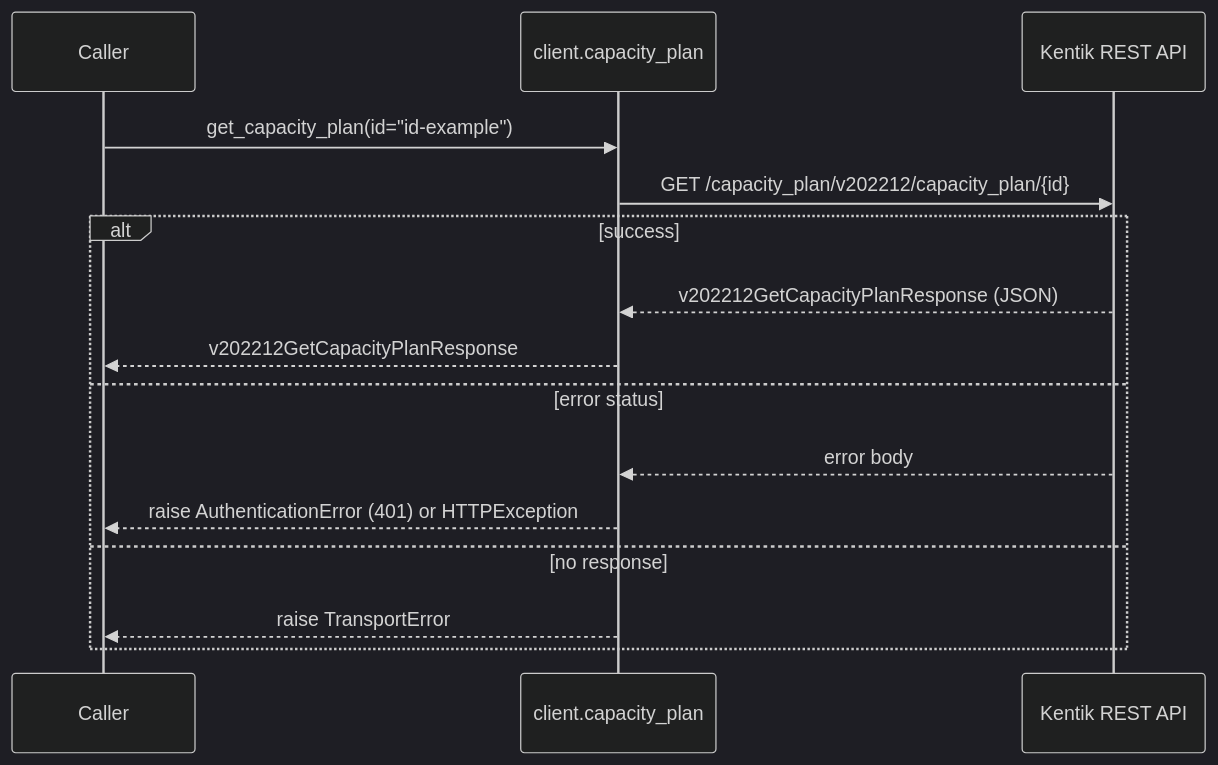
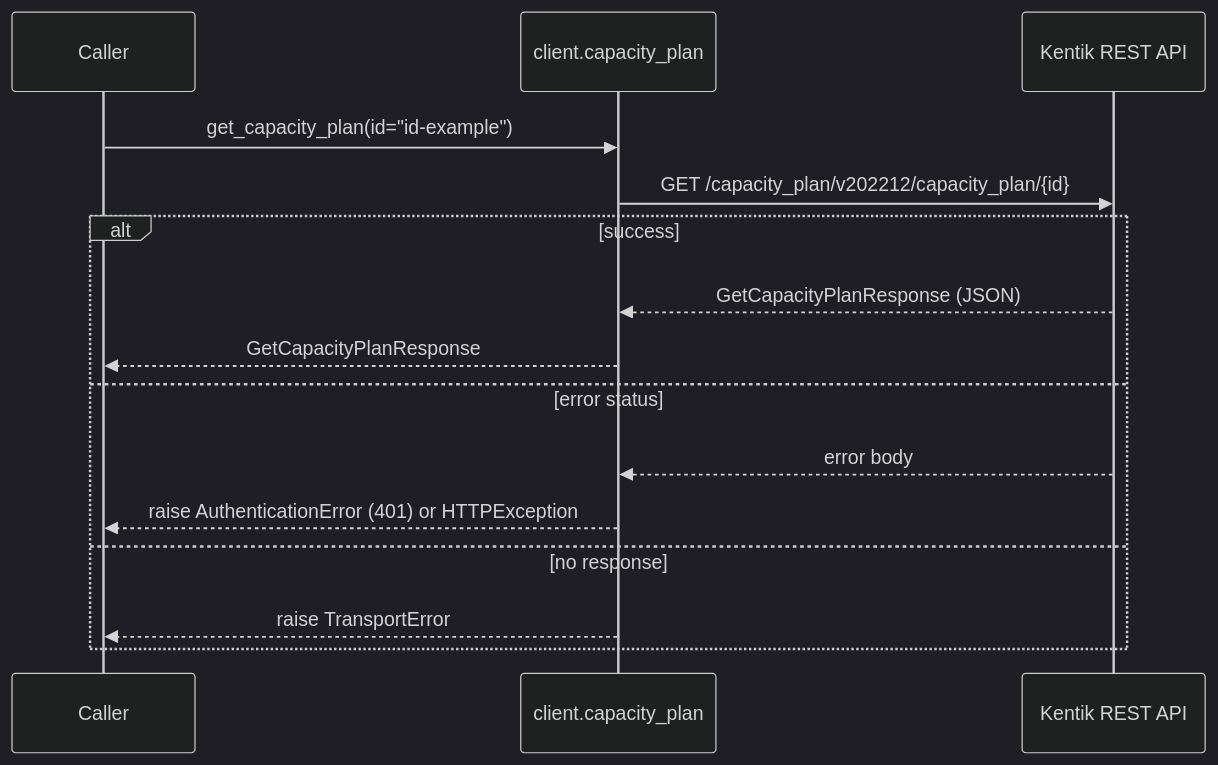
One commit to alexdearaujo/community_sdk_python changed the sixth of 10 diagrams in docs/sphinx/services/capacity_plan.md. Above: the diagram before and after it, drawn with Mermaid (dark theme). The commit also changed other lines of this file and 38 other files, not shown here.

````diff
--- a/docs/sphinx/services/capacity_plan.md
+++ b/docs/sphinx/services/capacity_plan.md
@@ -174,18 +174,18 @@
 ```mermaid
 sequenceDiagram
     participant C as Caller
     participant W as client.capacity_plan
     participant API as Kentik REST API
 
     C->>W: get_capacity_plan(id="id-example")
     W->>API: GET /capacity_plan/v202212/capacity_plan/{id}
     alt success
-        API-->>W: v202212GetCapacityPlanResponse (JSON)
-        W-->>C: v202212GetCapacityPlanResponse
+        API-->>W: GetCapacityPlanResponse (JSON)
+        W-->>C: GetCapacityPlanResponse
     else error status
         API-->>W: error body
         W-->>C: raise AuthenticationError (401) or HTTPException
     else no response
         W-->>C: raise TransportError
     end
 ```
````
